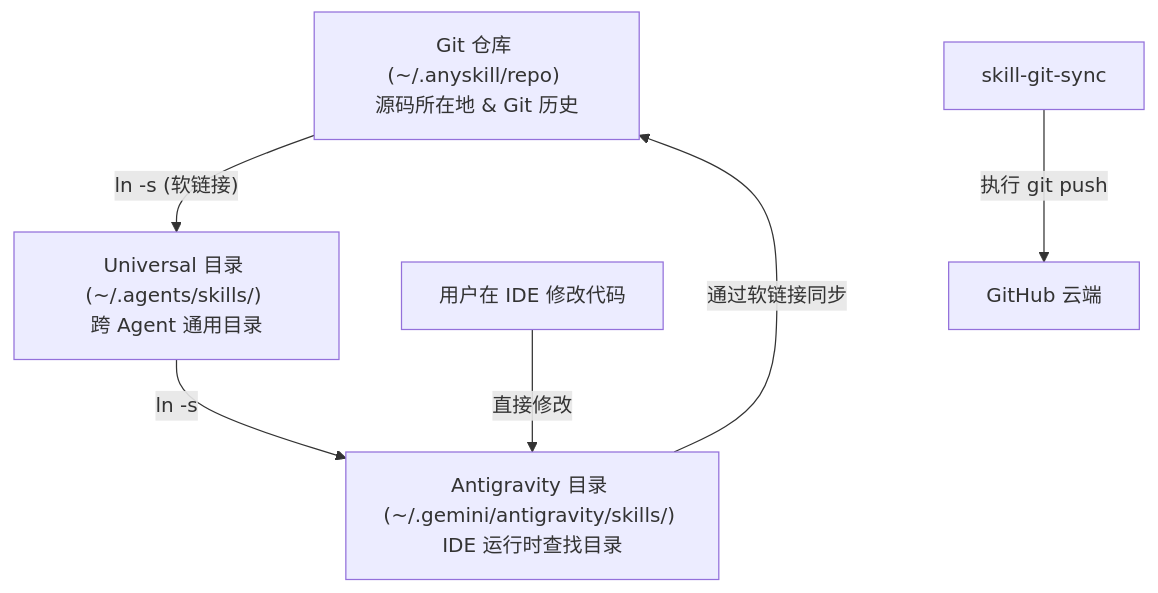
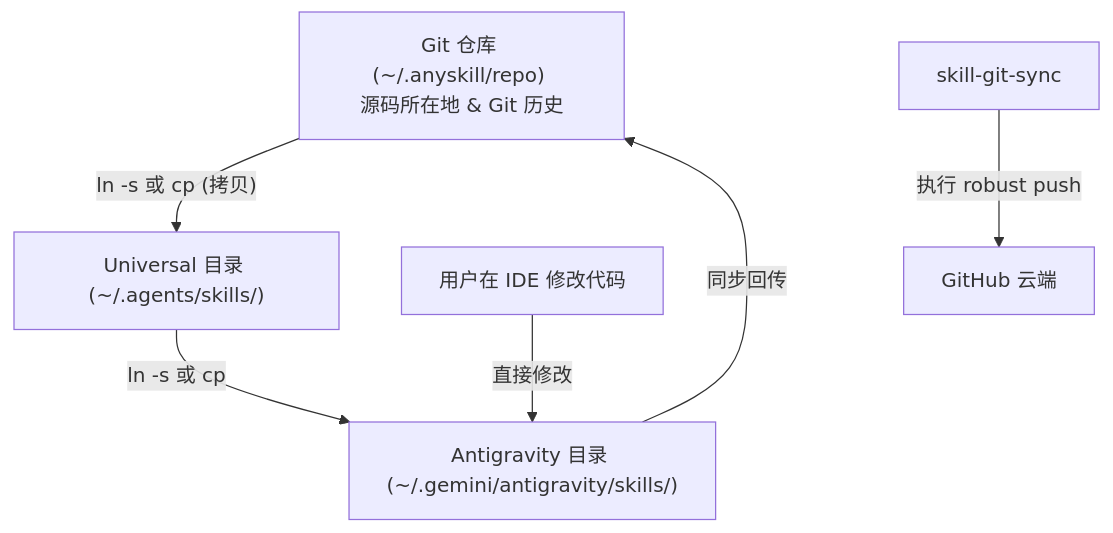
The diagram in skills/skill-git-sync/SKILL.md (lectttt/my-skills), drawn with Mermaid before and after one commit. The commit also changed other lines of this file, not shown here.

Commit message:
docs: 更新 SKILL.md，详述实体目录及加固同步特性

````diff
--- a/skills/skill-git-sync/SKILL.md
+++ b/skills/skill-git-sync/SKILL.md
@@ -12,13 +12,13 @@
 ```mermaid
 graph TD
     Repo["Git 仓库 (~/.anyskill/repo) <br/>源码所在地 & Git 历史"]
-    Agents["Universal 目录 (~/.agents/skills/) <br/>跨 Agent 通用目录"]
-    Gemini["Antigravity 目录 (~/.gemini/antigravity/skills/) <br/>IDE 运行时查找目录"]
+    Agents["Universal 目录 (~/.agents/skills/)"]
+    Gemini["Antigravity 目录 (~/.gemini/antigravity/skills/)"]
     
-    Repo -- "ln -s (软链接)" --> Agents
-    Agents -- "ln -s" --> Gemini
+    Repo -- "ln -s 或 cp (拷贝)" --> Agents
+    Agents -- "ln -s 或 cp" --> Gemini
     
     User["用户在 IDE 修改代码"] -- "直接修改" --> Gemini
-    Gemini -- "通过软链接同步" --> Repo
-    SyncSkill["skill-git-sync"] -- "执行 git push" --> GitHub["GitHub 云端"]
+    Gemini -- "同步回传" --> Repo
+    SyncSkill["skill-git-sync"] -- "执行 robust push" --> GitHub["GitHub 云端"]
 ```
````
